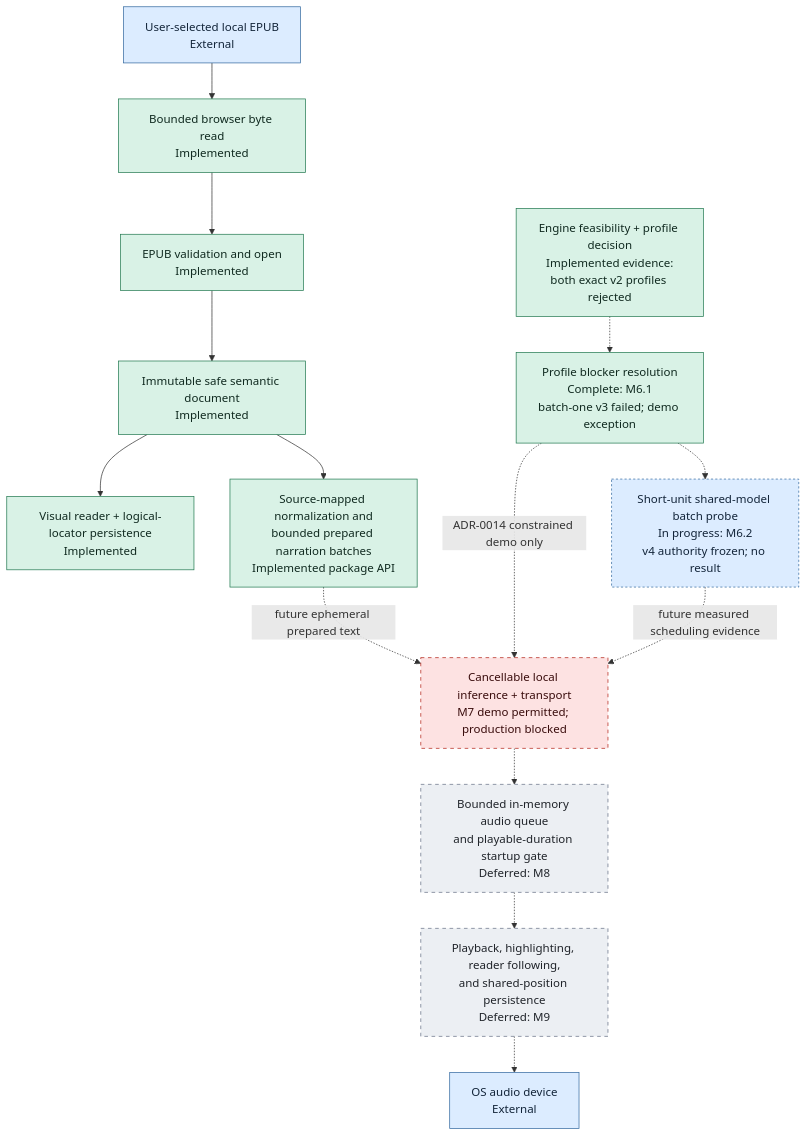
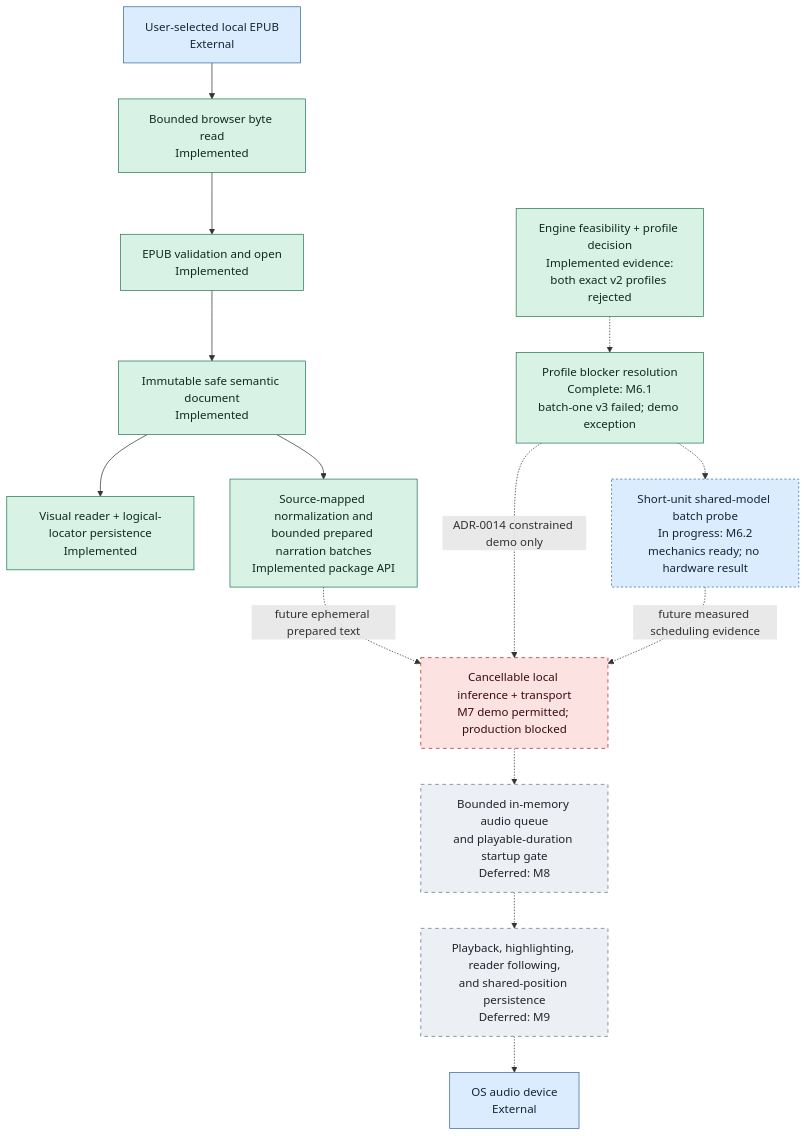
Before and after one commit to mmjosedaniel/voxleaf: the second of 2 diagrams in docs/architecture/system-diagram.md, drawn with Mermaid. The commit also changed other lines of this file and 25 other files, not shown here.

````diff
--- a/docs/architecture/system-diagram.md
+++ b/docs/architecture/system-diagram.md
@@ -107,34 +107,34 @@
 ```mermaid
 flowchart TD
     classDef implemented fill:#d9f2e6,stroke:#247a52,color:#102a20
     classDef progress fill:#dcecff,stroke:#356aa0,color:#13253a,stroke-dasharray: 3 3
     classDef planned fill:#fff0c7,stroke:#9a6b00,color:#332400,stroke-dasharray: 5 5
     classDef blocked fill:#fde2e2,stroke:#b42318,color:#3a0d0d,stroke-dasharray: 5 5
     classDef deferred fill:#eceff3,stroke:#667085,color:#20242a,stroke-dasharray: 5 5
     classDef external fill:#dcecff,stroke:#356aa0,color:#13253a
 
     FILE["User-selected local EPUB<br/>External"]:::external
     READ["Bounded browser byte read<br/>Implemented"]:::implemented
     OPEN["EPUB validation and open<br/>Implemented"]:::implemented
     SAFE["Immutable safe semantic document<br/>Implemented"]:::implemented
     VISUAL["Visual reader + logical-locator persistence<br/>Implemented"]:::implemented
     PREP["Source-mapped normalization and<br/>bounded prepared narration batches<br/>Implemented package API"]:::implemented
     PROFILE["Engine feasibility + profile decision<br/>Implemented evidence:<br/>both exact v2 profiles rejected"]:::implemented
     NEXT_PROFILE["Profile blocker resolution<br/>Complete: M6.1<br/>batch-one v3 failed; demo exception"]:::implemented
-    BATCH_PROBE["Short-unit shared-model batch probe<br/>In progress: M6.2<br/>v4 authority frozen; no result"]:::progress
+    BATCH_PROBE["Short-unit shared-model batch probe<br/>In progress: M6.2<br/>mechanics ready; no hardware result"]:::progress
     INFER["Cancellable local inference + transport<br/>M7 demo permitted; production blocked"]:::blocked
     BUFFER["Bounded in-memory audio queue<br/>and playable-duration startup gate<br/>Deferred: M8"]:::deferred
     FOLLOW["Playback, highlighting, reader following,<br/>and shared-position persistence<br/>Deferred: M9"]:::deferred
     DEVICE["OS audio device<br/>External"]:::external
 
     FILE --> READ --> OPEN --> SAFE --> VISUAL
     SAFE --> PREP
     PREP -.->|"future ephemeral prepared text"| INFER
     PROFILE -.-> NEXT_PROFILE
     NEXT_PROFILE -.-> BATCH_PROBE
     NEXT_PROFILE -.->|"ADR-0014 constrained demo only"| INFER
     BATCH_PROBE -.->|"future measured scheduling evidence"| INFER
     INFER -.-> BUFFER
     BUFFER -.-> FOLLOW
     FOLLOW -.-> DEVICE
 ```
````
